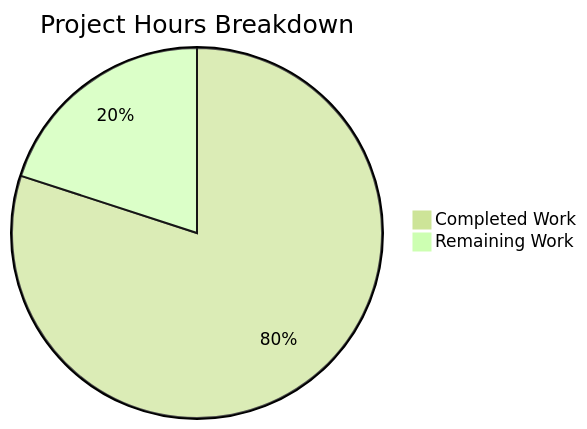
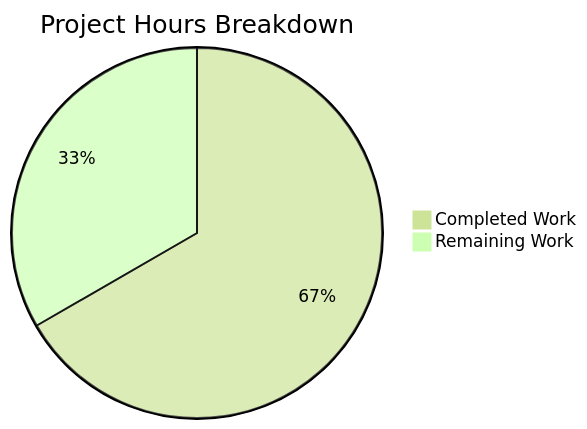
The diagram in blitzy/documentation/Project Guide.md (Sandeep01Kumar/Repo-for-qa-refine-test-12-feb), drawn with Mermaid (forest theme) before and after one commit. The commit also changed other lines of this file, not shown here.

Commit message:
Adding Blitzy Project Guide: Project Status and Human Tasks Remaining

````diff
--- a/blitzy/documentation/Project Guide.md
+++ b/blitzy/documentation/Project Guide.md
@@ -102,5 +113,5 @@
 ```mermaid
 pie title Project Hours Breakdown
     "Completed Work" : 4
-    "Remaining Work" : 1
+    "Remaining Work" : 2
 ```
````
